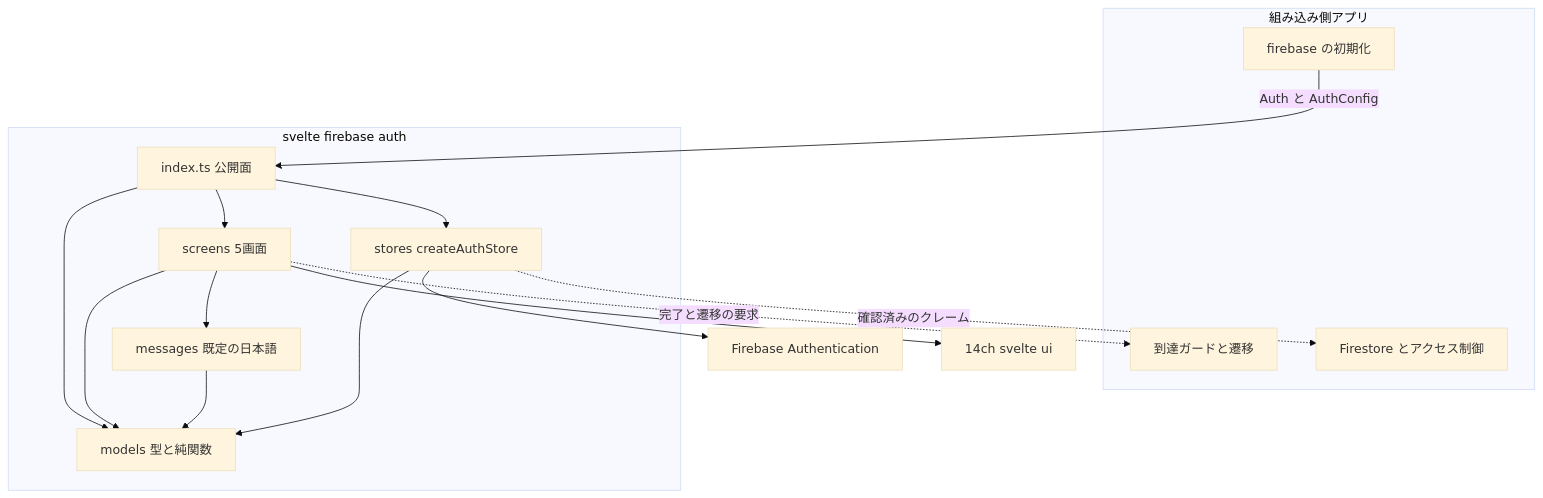
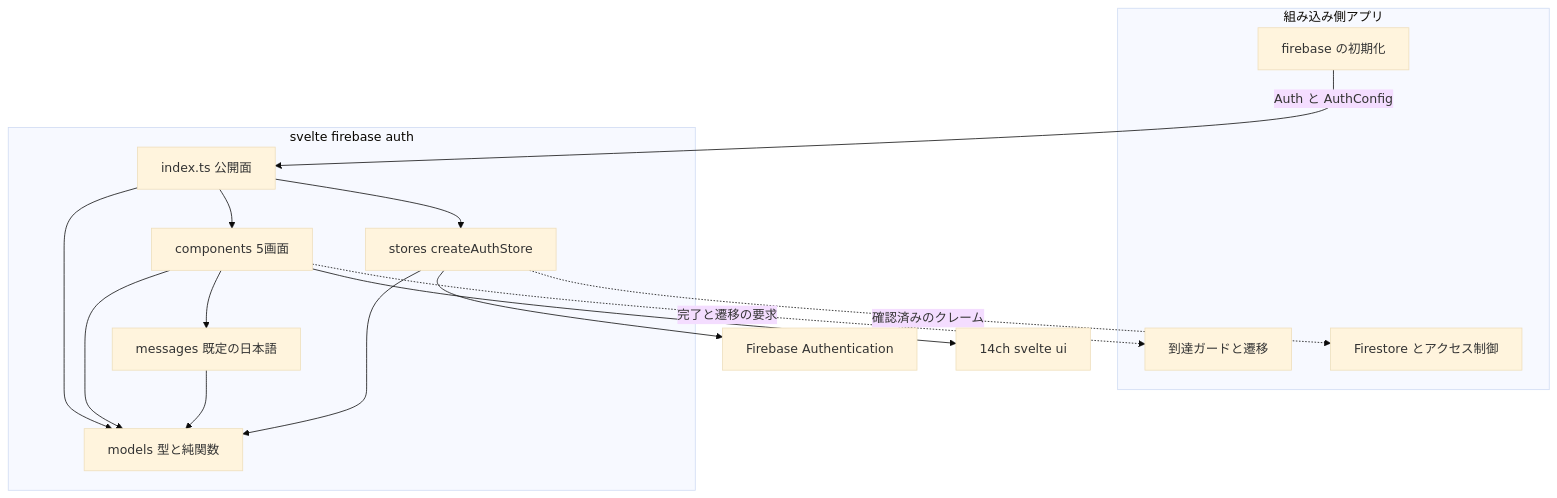
The first of 4 diagrams in .kiro/specs/auth-store-and-screens/design.md (iyodatakashi/svelte-firebase-auth), drawn with Mermaid (base theme) before and after one commit. The commit also changed other lines of this file and 19 other files, not shown here.

````diff
--- a/.kiro/specs/auth-store-and-screens/design.md
+++ b/.kiro/specs/auth-store-and-screens/design.md
@@ -70,32 +70,32 @@
 ```mermaid
 graph TB
     subgraph Host[組み込み側アプリ]
         Init[firebase の初期化]
         Guard[到達ガードと遷移]
         Rules[Firestore とアクセス制御]
     end
 
     subgraph Lib[svelte firebase auth]
         Index[index.ts 公開面]
-        Screens[screens 5画面]
+        Components[components 5画面]
         Stores[stores createAuthStore]
         Messages[messages 既定の日本語]
         Models[models 型と純関数]
     end
 
     FirebaseAuth[Firebase Authentication]
     UI[14ch svelte ui]
 
     Init -->|Auth と AuthConfig| Index
-    Index --> Screens
+    Index --> Components
     Index --> Stores
     Index --> Models
-    Screens --> Messages
-    Screens --> Models
-    Screens --> UI
+    Components --> Messages
+    Components --> Models
+    Components --> UI
     Messages --> Models
     Stores --> Models
     Stores --> FirebaseAuth
-    Screens -.->|完了と遷移の要求| Guard
+    Components -.->|完了と遷移の要求| Guard
     Stores -.->|確認済みのクレーム| Rules
 ```
````
